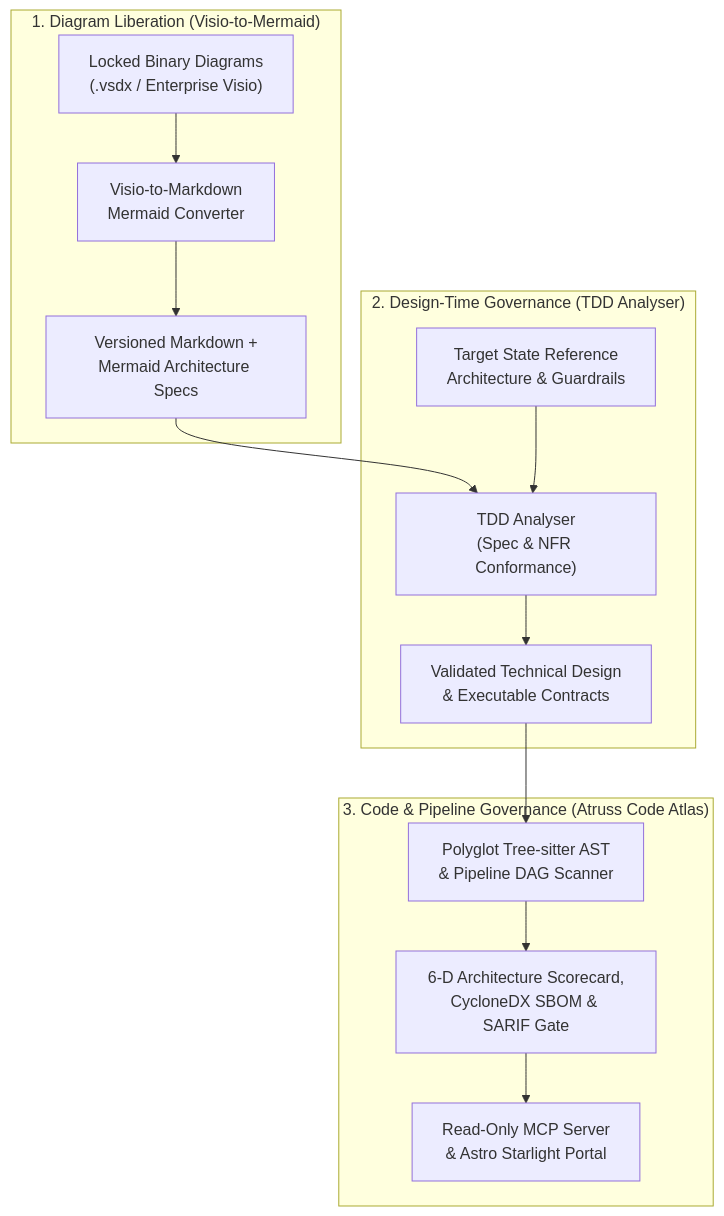
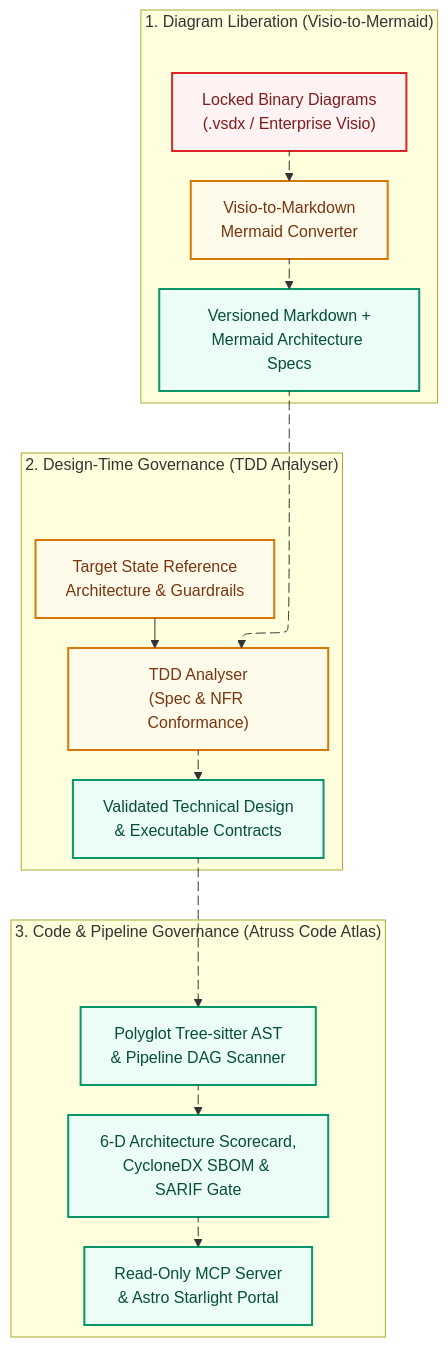
The first of 2 diagrams in src/content/foundry/reusable-architecture-products.md (kumarshaz/kumarshaz.github.io), drawn with Mermaid before and after one commit. The commit also changed other lines of this file and 22 other files, not shown here.

Commit message:
feat(blog): review 6 new posts, add hero banners, and upgrade Mermaid v12 with ELK & Tidy-Tree

````diff
--- a/src/content/foundry/reusable-architecture-products.md
+++ b/src/content/foundry/reusable-architecture-products.md
@@ -18,19 +18,44 @@
 ```mermaid
+---
+config:
+  layout: elk
+---
 flowchart TB
+    classDef legacy fill:#FEF2F2,stroke:#DC2626,stroke-width:2px,color:#7F1D1D
+    classDef gate fill:#FFFBEB,stroke:#D97706,stroke-width:2px,color:#78350F
+    classDef atlas fill:#ECFDF5,stroke:#059669,stroke-width:2px,color:#064E3B
+
     subgraph Legacy["1. Diagram Liberation (Visio-to-Mermaid)"]
-        VSDX["Locked Binary Diagrams<br/>(.vsdx / Enterprise Visio)"] --> V2M["Visio-to-Markdown<br/>Mermaid Converter"]
-        V2M --> DAC["Versioned Markdown +<br/>Mermaid Architecture Specs"]
+        VSDX["Locked Binary Diagrams<br/>(.vsdx / Enterprise Visio)"]:::legacy
+        V2M["Visio-to-Markdown<br/>Mermaid Converter"]:::gate
+        DAC["Versioned Markdown +<br/>Mermaid Architecture Specs"]:::atlas
+        VSDX e1@--> V2M
+        V2M e2@--> DAC
     end
 
     subgraph DesignGate["2. Design-Time Governance (TDD Analyser)"]
-        DAC --> TDD["TDD Analyser<br/>(Spec & NFR Conformance)"]
-        ADR["Target State Reference<br/>Architecture & Guardrails"] --> TDD
-        TDD --> SPEC["Validated Technical Design<br/>& Executable Contracts"]
+        TDD["TDD Analyser<br/>(Spec & NFR Conformance)"]:::gate
+        ADR["Target State Reference<br/>Architecture & Guardrails"]:::gate
+        SPEC["Validated Technical Design<br/>& Executable Contracts"]:::atlas
+        DAC e3@--> TDD
+        ADR --> TDD
+        TDD e4@--> SPEC
     end
 
     subgraph RuntimeAtlas["3. Code & Pipeline Governance (Atruss Code Atlas)"]
-        SPEC --> AST["Polyglot Tree-sitter AST<br/>& Pipeline DAG Scanner"]
-        AST --> SCORE["6-D Architecture Scorecard,<br/>CycloneDX SBOM & SARIF Gate"]
-        SCORE --> MCP["Read-Only MCP Server<br/>& Astro Starlight Portal"]
+        AST["Polyglot Tree-sitter AST<br/>& Pipeline DAG Scanner"]:::atlas
+        SCORE["6-D Architecture Scorecard,<br/>CycloneDX SBOM & SARIF Gate"]:::atlas
+        MCP["Read-Only MCP Server<br/>& Astro Starlight Portal"]:::atlas
+        SPEC e5@--> AST
+        AST e6@--> SCORE
+        SCORE e7@--> MCP
     end
+
+    e1@{ animate: true }
+    e2@{ animate: true }
+    e3@{ animate: true }
+    e4@{ animate: true }
+    e5@{ animate: true }
+    e6@{ animate: true }
+    e7@{ animate: true }
 ```
````
